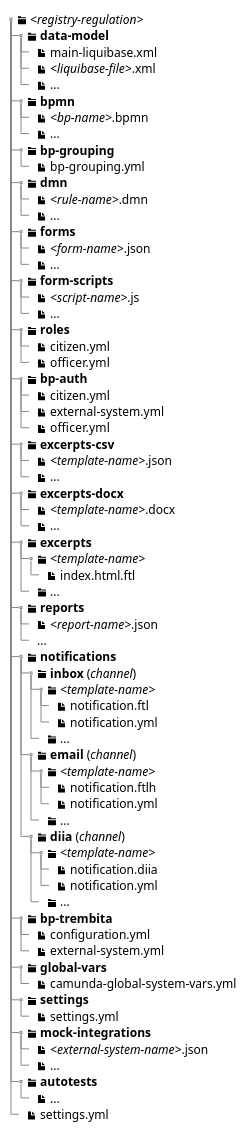
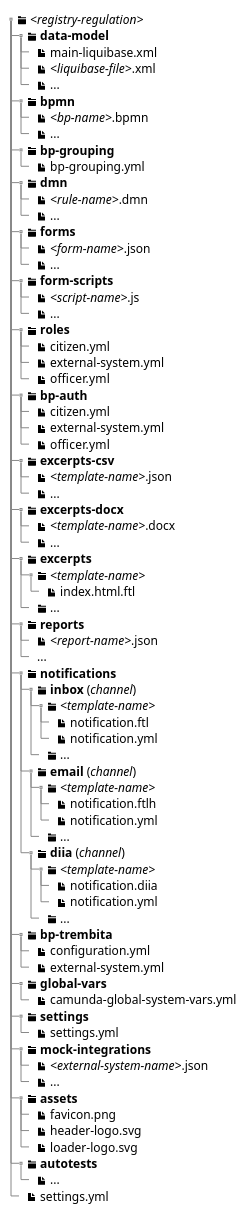
One commit to diia-engine/diia-engine-documentation changed the diagram in docs/ua/modules/arch/pages/architecture/registry/administrative/regulation-management/registry-regulation/registry-regulation.adoc. Above: the diagram before and after it, drawn with PlantUML. The commit also changed other lines of this file and 1717 other files, not shown here.

```diff
--- a/docs/ua/modules/arch/pages/architecture/registry/administrative/regulation-management/registry-regulation/registry-regulation.adoc
+++ b/docs/ua/modules/arch/pages/architecture/registry/administrative/regulation-management/registry-regulation/registry-regulation.adoc
@@ -29,77 +32,82 @@
 [plantuml, registry-regulation-structure, svg]
 ----
 @startsalt
 {
 {T
 + <&folder> <i><registry-regulation></i>
 ++ <&folder> <b>data-model</b>
 +++ <&file> main-liquibase.xml
 +++ <&file> <i><liquibase-file></i>.xml
 +++ <&file> ...
 ++ <&folder> <b>bpmn</b>
 +++ <&file> <i><bp-name></i>.bpmn
 +++ <&file> ...
 ++ <&folder> <b>bp-grouping</b>
 +++ <&file> bp-grouping.yml
 ++ <&folder> <b>dmn</b>
 +++ <&file> <i><rule-name></i>.dmn
 +++ <&file> ...
 ++ <&folder> <b>forms</b>
 +++ <&file> <i><form-name></i>.json
 +++ <&file> ...
 ++ <&folder> <b>form-scripts</b>
 +++ <&file> <i><script-name></i>.js
 +++ <&file> ...
 ++ <&folder> <b>roles</b>
 +++ <&file> citizen.yml
++++ <&file> external-system.yml
 +++ <&file> officer.yml
 ++ <&folder> <b>bp-auth</b>
 +++ <&file> citizen.yml
 +++ <&file> external-system.yml
 +++ <&file> officer.yml
 ++ <&folder> <b>excerpts-csv</b>
 +++ <&file> <i><template-name></i>.json
 +++ <&file> ...
 ++ <&folder> <b>excerpts-docx</b>
 +++ <&file> <i><template-name></i>.docx
 +++ <&file> ...
 ++ <&folder> <b>excerpts</b>
 +++ <&folder> <i><template-name></i>
 ++++ <&file> index.html.ftl
 +++ <&folder> ...
 ++ <&folder> <b>reports</b>
 +++ <&file> <i><report-name></i>.json
 +++ ...
 ++ <&folder> <b>notifications</b>
 +++ <&folder> <b>inbox</b> (<i>channel</i>)
 ++++ <&folder> <i><template-name></i>
 +++++ <&file> notification.ftl
 +++++ <&file> notification.yml
 ++++ <&folder> ...
 +++ <&folder> <b>email</b> (<i>channel</i>)
 ++++ <&folder> <i><template-name></i>
 +++++ <&file> notification.ftlh
 +++++ <&file> notification.yml
 ++++ <&folder> ...
 +++ <&folder> <b>diia</b> (<i>channel</i>)
 ++++ <&folder> <i><template-name></i>
 +++++ <&file> notification.diia
 +++++ <&file> notification.yml
 ++++ <&folder> ...
 ++ <&folder> <b>bp-trembita</b>
 +++ <&file> configuration.yml
 +++ <&file> external-system.yml
 ++ <&folder> <b>global-vars</b>
 +++ <&file> camunda-global-system-vars.yml
 ++ <&folder> <b>settings</b>
 +++ <&file> settings.yml
 ++ <&folder> <b>mock-integrations</b>
 +++ <&file> <i><external-system-name></i>.json
 +++ <&file> ...
+++ <&folder> <b>assets</b>
++++ <&file> favicon.png
++++ <&file> header-logo.svg
++++ <&file> loader-logo.svg
 ++ <&folder> <b>autotests</b>
 +++ <&file> ...
 ++ <&file> settings.yml
 }
 }
 @endsalt
 ----
```
